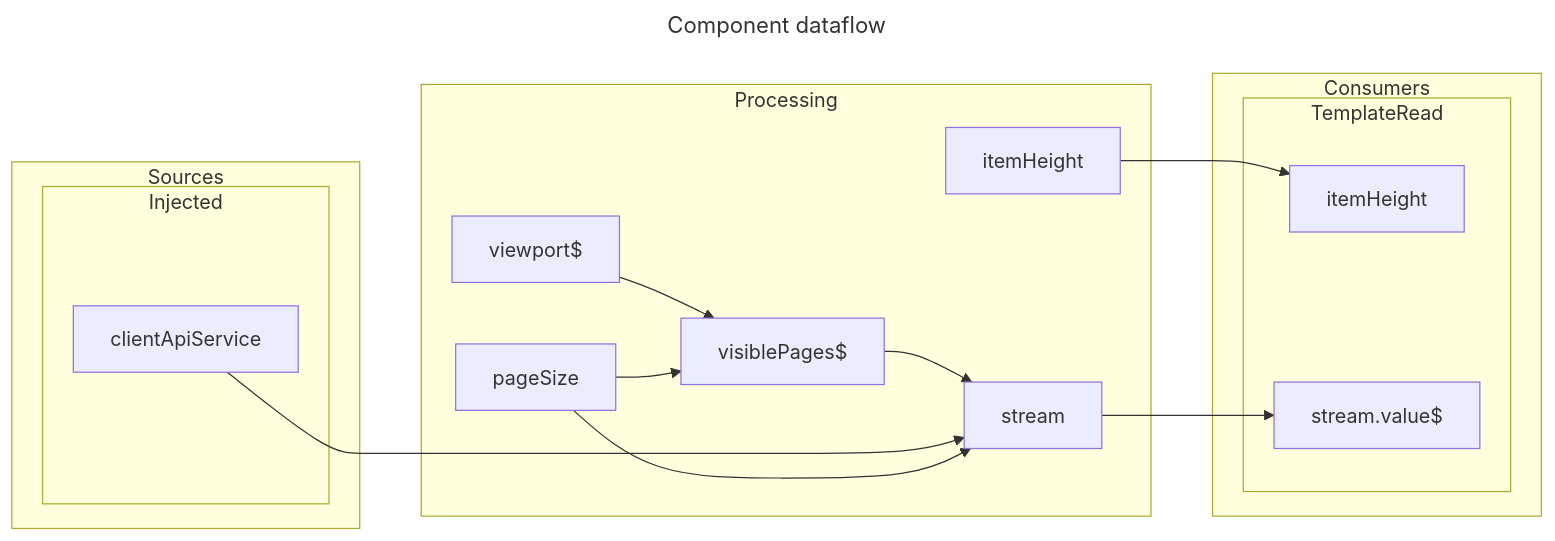
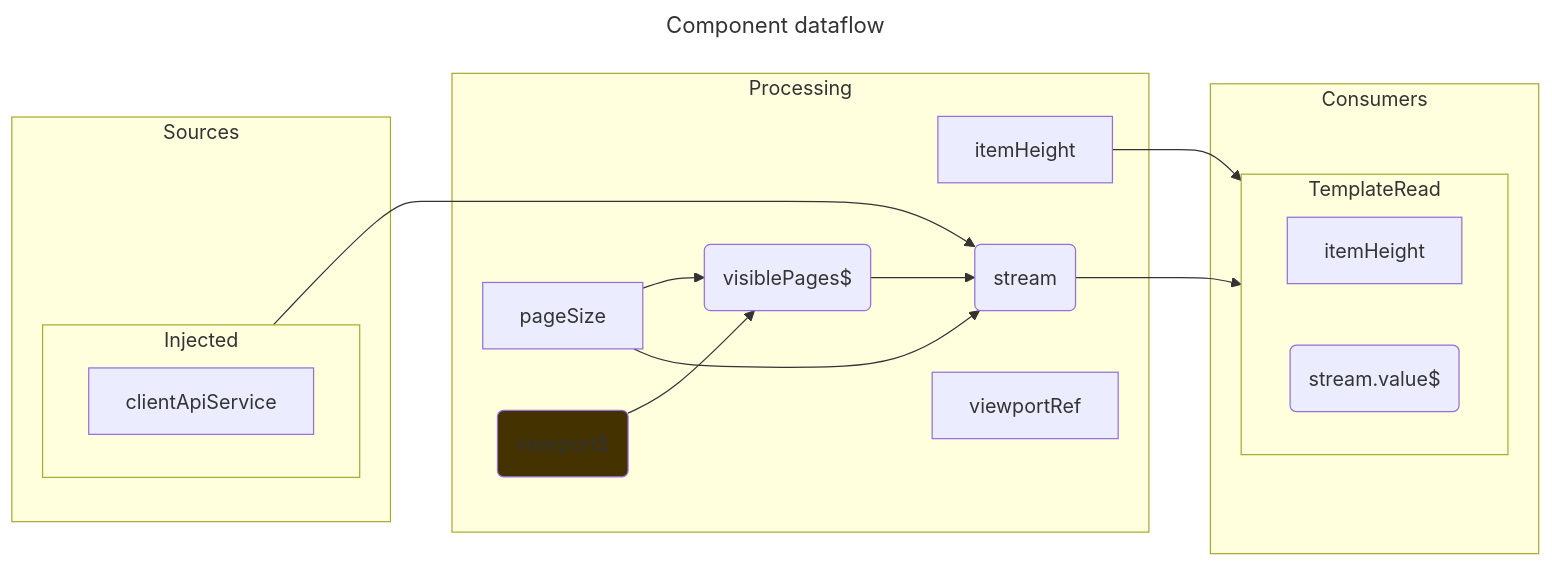
The first of 2 diagrams in src/app/components/xprerimental/virtual-scroll/virtual-scroll.component.dataflow.md (earthdmitriy/rx-evo), drawn with Mermaid before and after one commit. The commit also changed other lines of this file and 39 other files, not shown here.

Commit message:
updated dataflow diagrams

````diff
--- a/src/app/components/xprerimental/virtual-scroll/virtual-scroll.component.dataflow.md
+++ b/src/app/components/xprerimental/virtual-scroll/virtual-scroll.component.dataflow.md
@@ -3,50 +3,56 @@
 ```mermaid
 ---
 title: Component dataflow
 ---
 graph LR
     subgraph Sources
         subgraph Injected
+            direction LR
             Source_clientApiService["
                 clientApiService
             "]
         end
     end
     subgraph Processing
-        Processing_viewport$["
+        Processing_viewport$("
             viewport$
-        "]
+        ")
         Processing_pageSize["
             pageSize
         "]
         Processing_itemHeight["
             itemHeight
         "]
-        Processing_visiblePages$["
+        Processing_visiblePages$("
             visiblePages$
-        "]
-        Processing_stream["
+        ")
+        Processing_stream("
             stream
+        ")
+        Processing_viewportRef["
+            viewportRef
         "]
     end
     subgraph Consumers
         subgraph TemplateRead
+            direction LR
             Consumer_itemHeight["
                 itemHeight
             "]
-            Consumer_stream.value$["
+            Consumer_stream.value$("
                 stream.value$
-            "]
+            ")
         end
     end
     Sources ~~~ Processing
     Processing ~~~ Consumers
     Processing_viewport$ --> Processing_visiblePages$
     Processing_pageSize --> Processing_visiblePages$
     Processing_visiblePages$ --> Processing_stream
     Source_clientApiService --> Processing_stream
     Processing_pageSize --> Processing_stream
     Processing_itemHeight --> Consumer_itemHeight
     Processing_stream --> Consumer_stream.value$
+    style Processing_viewport$ fill:#430
 
 ```
````
